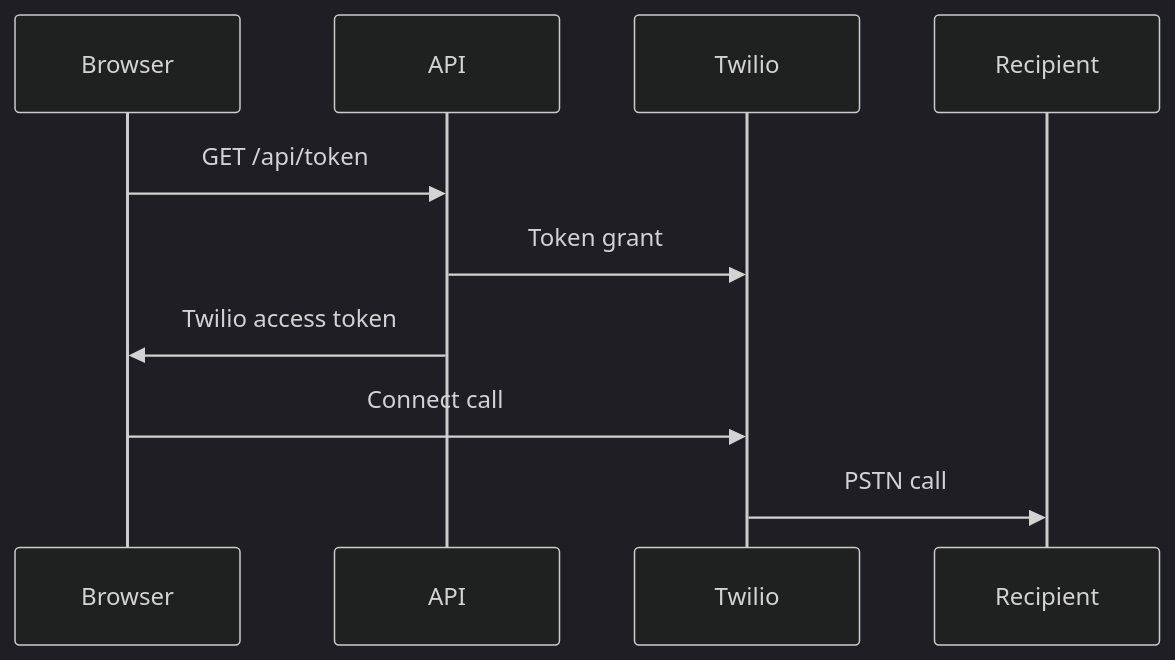
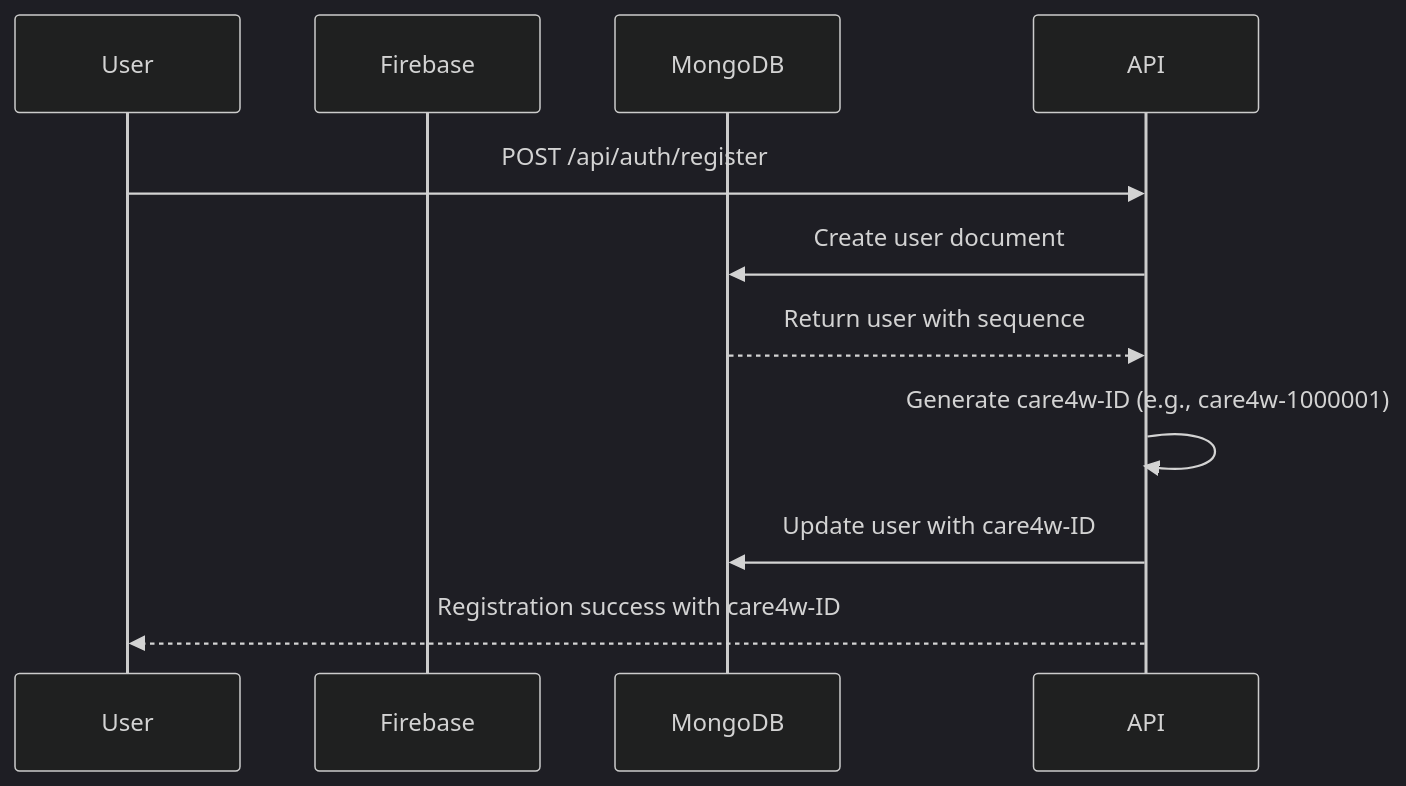
Before and after one commit to kn9ts/careflow: the second of 3 diagrams in plans/WEBRTC_FALLBACK_ARCHITECTURE.md, drawn with Mermaid (dark theme). The commit also changed other lines of this file and 5 other files, not shown here.

````diff
--- a/plans/WEBRTC_FALLBACK_ARCHITECTURE.md
+++ b/plans/WEBRTC_FALLBACK_ARCHITECTURE.md
@@ -45,13 +87,14 @@
 ```mermaid
 sequenceDiagram
-    participant Browser
+    participant User
+    participant Firebase
+    participant MongoDB
     participant API
-    participant Twilio
-    participant Recipient
 
-    Browser->>API: GET /api/token
-    API->>Twilio: Token grant
-    API->>Browser: Twilio access token
-    Browser->>Twilio: Connect call
-    Twilio->>Recipient: PSTN call
+    User->>API: POST /api/auth/register
+    API->>MongoDB: Create user document
+    MongoDB-->>API: Return user with sequence
+    API->>API: Generate care4w-ID (e.g., care4w-1000001)
+    API->>MongoDB: Update user with care4w-ID
+    API-->>User: Registration success with care4w-ID
 ```
````
